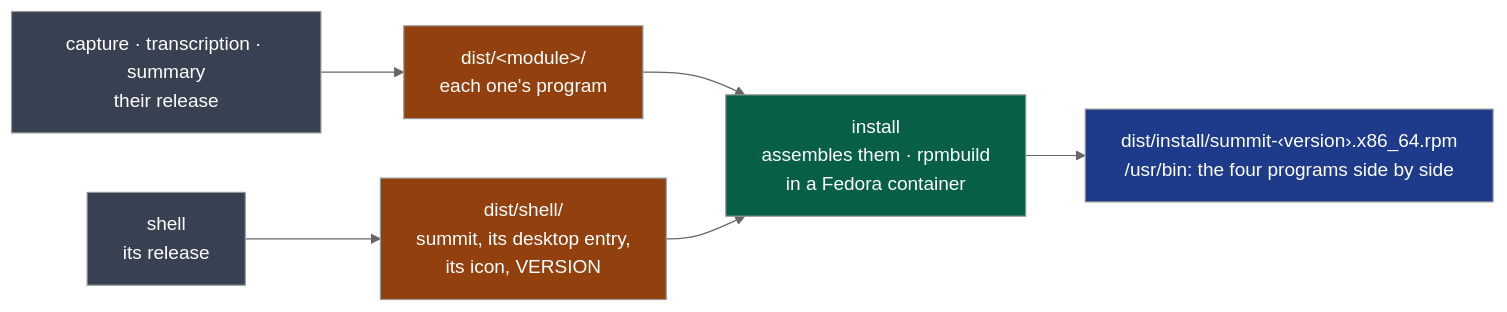
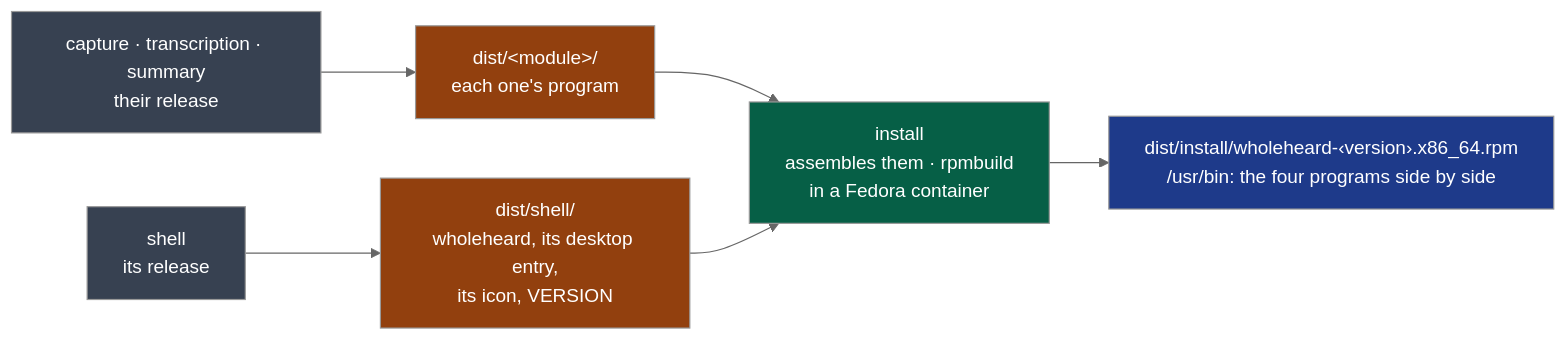
Before and after one commit to NapkinStack/wholeheard: the diagram in docs/adr/0006-a-module-assembles-the-package-from-each-modules-release.md, drawn with Mermaid (neutral theme). The commit also changed other lines of this file and 7 other files, not shown here.

````diff
--- a/docs/adr/0006-a-module-assembles-the-package-from-each-modules-release.md
+++ b/docs/adr/0006-a-module-assembles-the-package-from-each-modules-release.md
@@ -13,11 +13,11 @@
 ```mermaid
 flowchart LR
     C["capture · transcription · summary<br/>their release"]:::mod --> D["dist/&lt;module&gt;/<br/>each one's program"]:::art
-    H["shell<br/>its release"]:::mod --> DS["dist/shell/<br/>summit, its desktop entry,<br/>its icon, VERSION"]:::art
+    H["shell<br/>its release"]:::mod --> DS["dist/shell/<br/>wholeheard, its desktop entry,<br/>its icon, VERSION"]:::art
     D & DS --> P["install<br/>assembles them · rpmbuild<br/>in a Fedora container"]:::new
-    P --> R["dist/install/summit-‹version›.x86_64.rpm<br/>/usr/bin: the four programs side by side"]:::out
+    P --> R["dist/install/wholeheard-‹version›.x86_64.rpm<br/>/usr/bin: the four programs side by side"]:::out
     classDef mod fill:#374151,color:#fff
     classDef art fill:#92400e,color:#fff
     classDef new fill:#065f46,color:#fff
     classDef out fill:#1e3a8a,color:#fff
 ```
````
